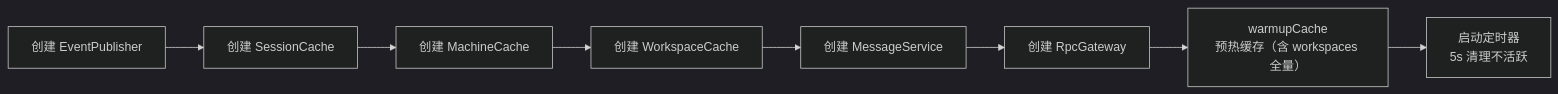
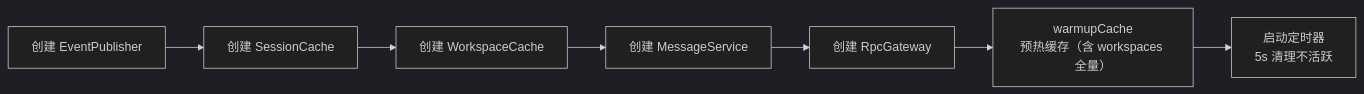
One commit to ModuBit/mobi changed the eighth of 8 diagrams in docs/architecture/daemon/sync/README.md. Above: the diagram before and after it, drawn with Mermaid (dark theme). The commit also changed other lines of this file and 86 other files, not shown here.

````diff
--- a/docs/architecture/daemon/sync/README.md
+++ b/docs/architecture/daemon/sync/README.md
@@ -166,10 +159,9 @@
 ```mermaid
 flowchart LR
     A[创建 EventPublisher] --> B[创建 SessionCache]
-    B --> C[创建 MachineCache]
-    C --> PC[创建 WorkspaceCache]
+    B --> PC[创建 WorkspaceCache]
     PC --> D[创建 MessageService]
     D --> E[创建 RpcGateway]
     E --> F[warmupCache<br/>预热缓存（含 workspaces 全量）]
     F --> G[启动定时器<br/>5s 清理不活跃]
 ```
````
